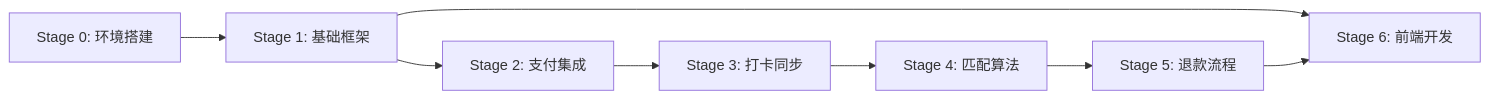
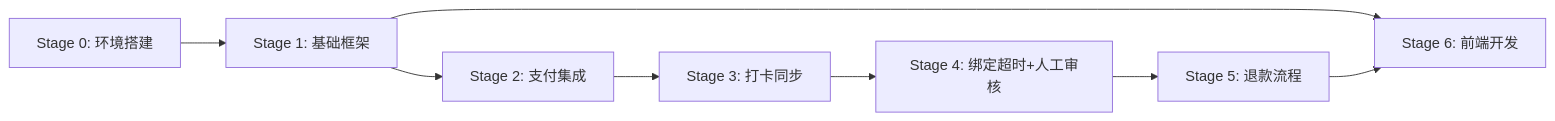
Before and after one commit to yiancode/AutoDepositRefundAgent: the diagram in docs/v1/guides/dev-AI辅助敏捷开发计划.md, drawn with Mermaid. The commit also changed other lines of this file and 3 other files, not shown here.

````diff
--- a/docs/v1/guides/dev-AI辅助敏捷开发计划.md
+++ b/docs/v1/guides/dev-AI辅助敏捷开发计划.md
@@ -1573,10 +1588,10 @@
 ```mermaid
 graph LR
     S0[Stage 0: 环境搭建] --> S1[Stage 1: 基础框架]
     S1 --> S2[Stage 2: 支付集成]
     S2 --> S3[Stage 3: 打卡同步]
-    S3 --> S4[Stage 4: 匹配算法]
+    S3 --> S4[Stage 4: 绑定超时+人工审核]
     S4 --> S5[Stage 5: 退款流程]
     S1 --> S6[Stage 6: 前端开发]
     S5 --> S6
 ```
````
